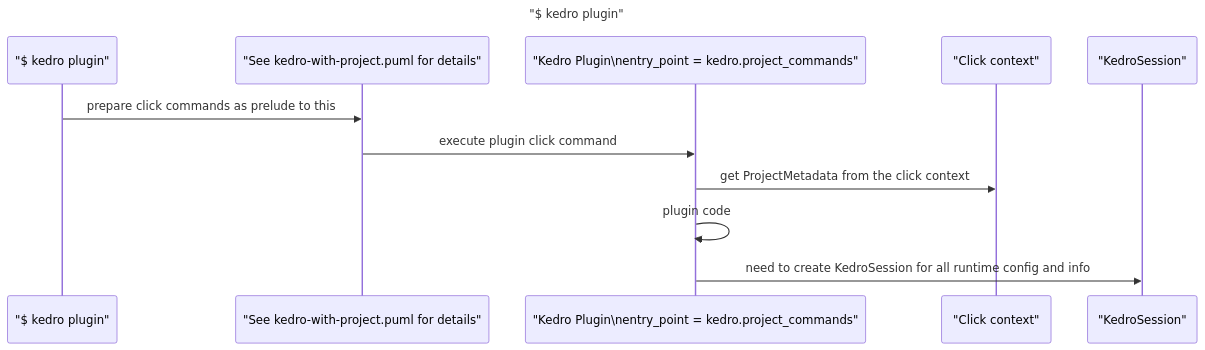
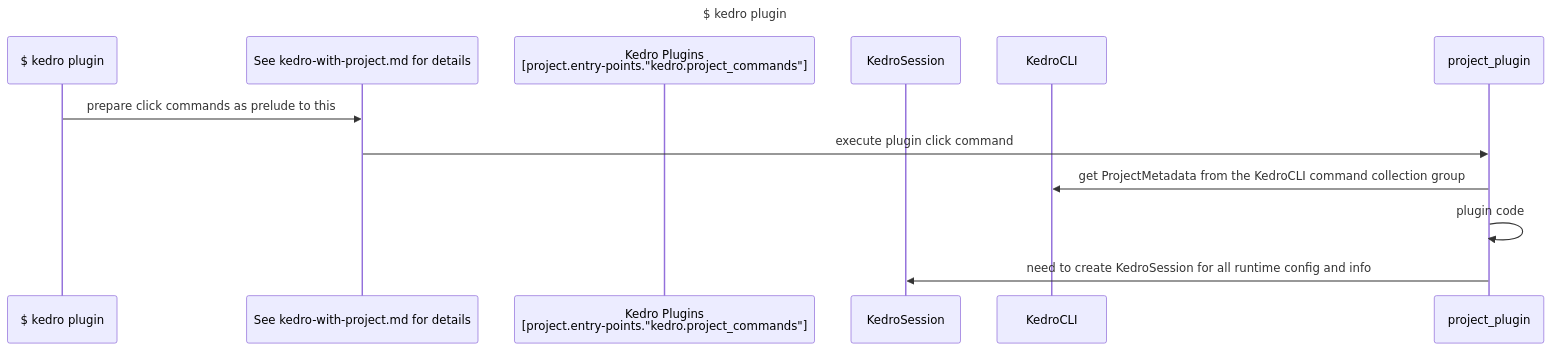
The diagram in docs/diagrams/kedro-plugin.md (kedro-org/kedro), drawn with Mermaid before and after one commit.

Commit message:
Update diagram kedro-plugin

````diff
--- a/docs/diagrams/kedro-plugin.md
+++ b/docs/diagrams/kedro-plugin.md
@@ -1,16 +1,16 @@
 ```mermaid
 sequenceDiagram
-    title "$ kedro plugin"
+    title $ kedro plugin
 
-    participant cli as "$ kedro plugin"
-    participant prelude as "See kedro-with-project.puml for details"
-    participant project_plugin as "Kedro Plugin\nentry_point = kedro.project_commands"
-    participant click as "Click context"
-    participant session as "KedroSession"
+    participant cli as $ kedro plugin
+    participant prelude as See kedro-with-project.md for details
+    participant project_plugins as Kedro Plugins <br> [project.entry-points."kedro.project_commands"]
+    participant session as KedroSession
+    participant kedro_cli as KedroCLI
 
     cli->>prelude: prepare click commands as prelude to this
     prelude->>project_plugin: execute plugin click command
-    project_plugin->>click: get ProjectMetadata from the click context
+    project_plugin->>kedro_cli: get ProjectMetadata from the KedroCLI command collection group
     project_plugin->>project_plugin: plugin code
     project_plugin->>session: need to create KedroSession for all runtime config and info
 ```
````
